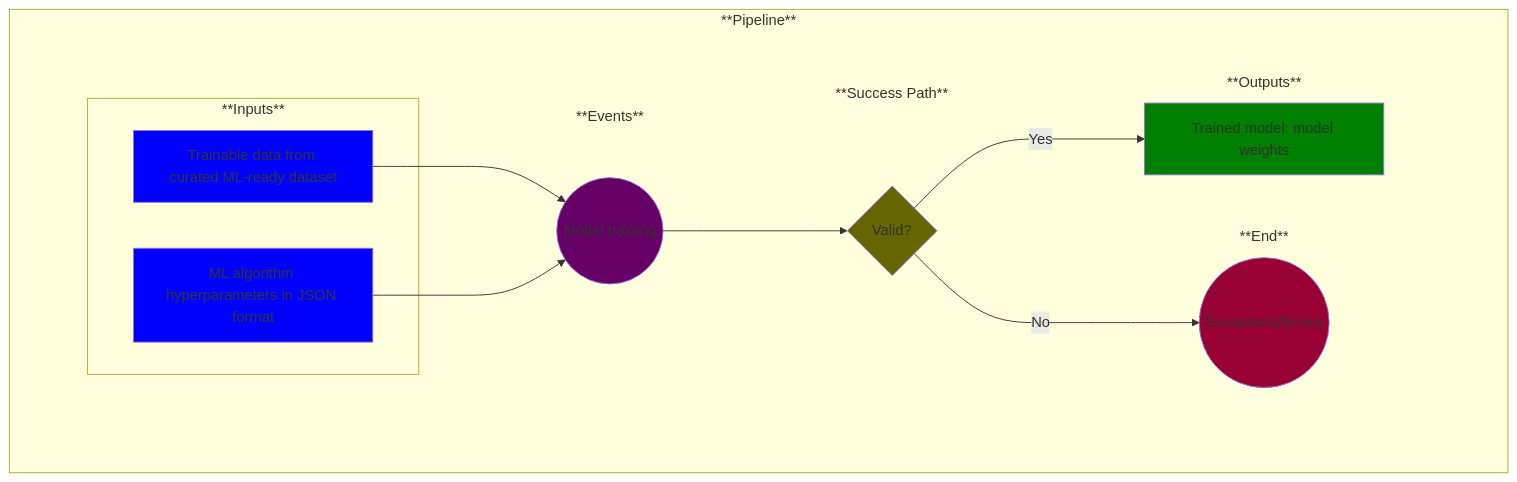
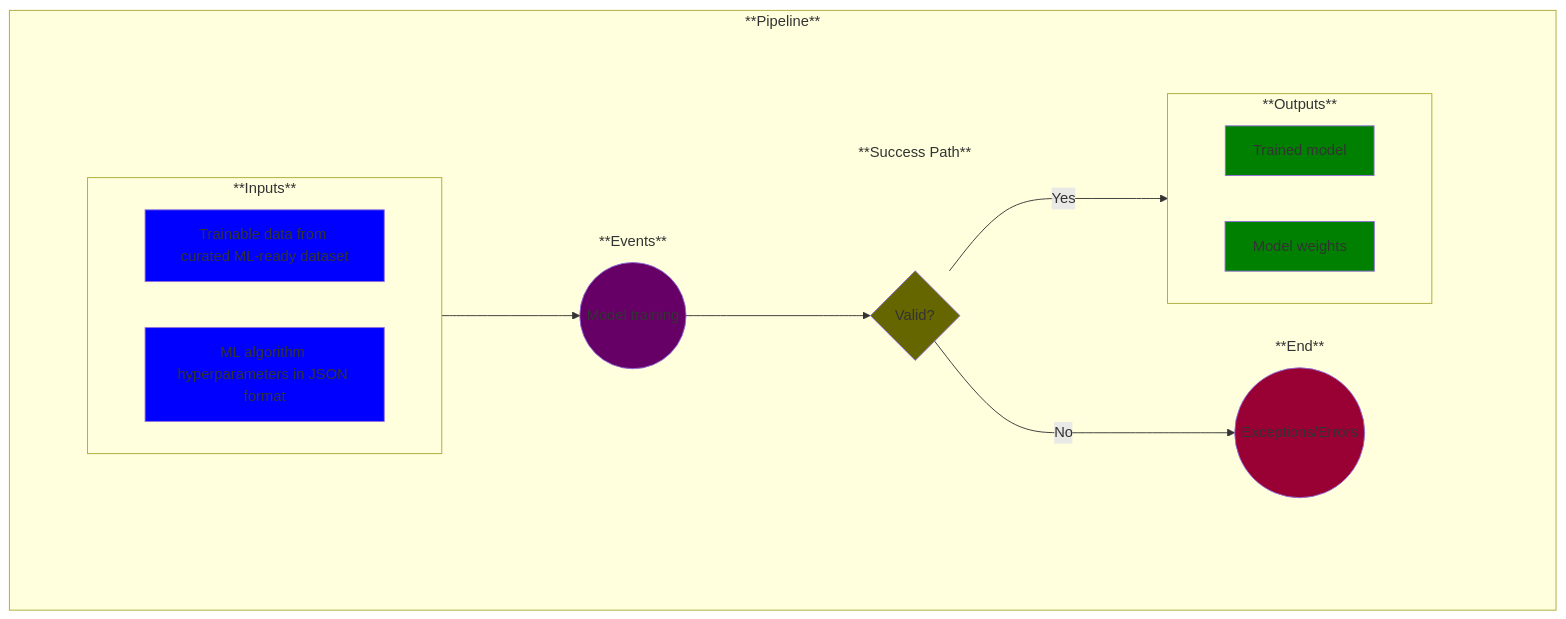
Before and after one commit to MLOps-OpenAPI/arch-diagrams: the diagram in use-cases/10-model-trained.md, drawn with Mermaid. The commit also changed other lines of this file and 20 other files, not shown here.

Commit message:
Switched arrows to groups rather than individual inputs/outputs

````diff
--- a/use-cases/10-model-trained.md
+++ b/use-cases/10-model-trained.md
@@ -18,72 +18,71 @@
 ```mermaid
 
 %% Creating a left-to-right flowchart
 %% Learn the syntax here: https://mermaid.js.org/syntax/flowchart.html
 %% Note: flowchart and graph are the same in Mermaid
 graph LR;
 
     %% Define the common flow items:
     %%A--> B
     %%B-->C
     subgraph Pipeline ["**Pipeline**"]
         
         %% Add an empty node to overcome some formatting issues
         subgraph invisibleSpace["<br/>"]
 
             subgraph Inputs ["**Inputs**"]
                 A1
-            end
-            subgraph Inputs ["**Inputs**"]
                 A2
             end
             subgraph Events ["**Events**"]
                 B
             end
             subgraph Success ["**Success Path**"]
                 C
             end
             subgraph End ["**End**"]
                 D
             end
             subgraph Outputs ["**Outputs**"]
-                E
+                E1
+                E2
             end
         end
-        A1-->B
-        A2-->B
+        Inputs-->B
         B-->C
         C--> | No | D
-        C--> | Yes | E
+        C--> | Yes | Outputs
     end
 
     %% Now label and style the blocks
     %% Note: You could have done this above, but I find this to be cleaner and easier to manage
 
     A1[Trainable data from curated ML-ready dataset]
     style A1 fill:blue
 
     A2[ML algorithm hyperparameters in JSON format]
     style A2 fill:blue
 
     B((Model training))
     style B fill:#660066
 
     C{Valid?}
     style C fill:#666600
 
     D((Exceptions/Errors))
     style D fill:#990033
 
-    E[Trained model; model weights]
-    style E fill:green
+    E1[Trained model]
+    style E1 fill:green
+    
+    E2[Model weights]
+    style E2 fill:green
     
     %% Remove unnecessary box outlines
     style invisibleSpace stroke-width:0
-    style Inputs stroke-width:0
     style Events stroke-width:0
-    style Outputs stroke-width:0
     style End stroke-width:0
     style Success stroke-width:0
 
 
 ```
````
